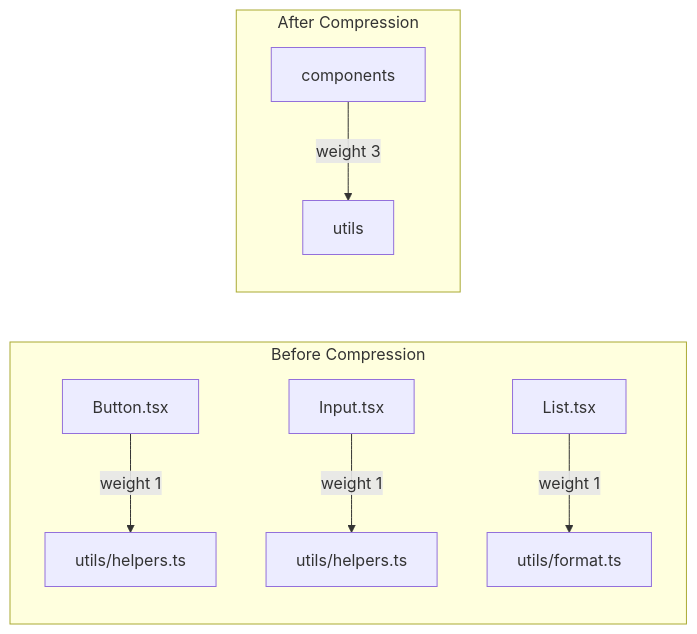
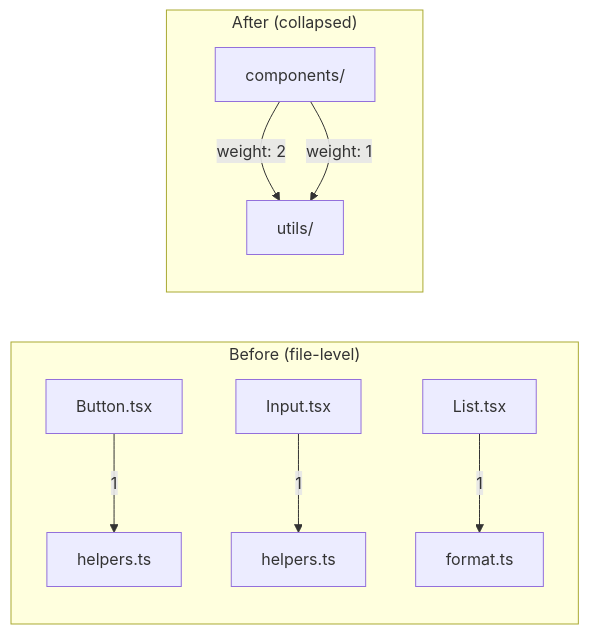
One commit to fisher-89/dependency-cruiser-reporter changed the third of 6 diagrams in docs/architecture/aggregation.md. Above: the diagram before and after it, drawn with Mermaid. The commit also changed other lines of this file and 12 other files, not shown here.

````diff
--- a/docs/architecture/aggregation.md
+++ b/docs/architecture/aggregation.md
@@ -65,12 +89,13 @@
 ```mermaid
 flowchart LR
-    subgraph Before["Before Compression"]
-        B1[Button.tsx] -->|weight 1| H1[utils/helpers.ts]
-        I1[Input.tsx] -->|weight 1| H2[utils/helpers.ts]
-        L1[List.tsx] -->|weight 1| F1[utils/format.ts]
+    subgraph Before["Before (file-level)"]
+        B1[Button.tsx] -->|1| H1[helpers.ts]
+        I1[Input.tsx] -->|1| H2[helpers.ts]
+        L1[List.tsx] -->|1| F1[format.ts]
     end
 
-    subgraph After["After Compression"]
-        Comp[components] -->|weight 3| Utils[utils]
+    subgraph After["After (collapsed)"]
+        Comp[components/] -->|weight: 2| Utils[utils/]
+        Comp -->|weight: 1| Utils
     end
 ```
````
